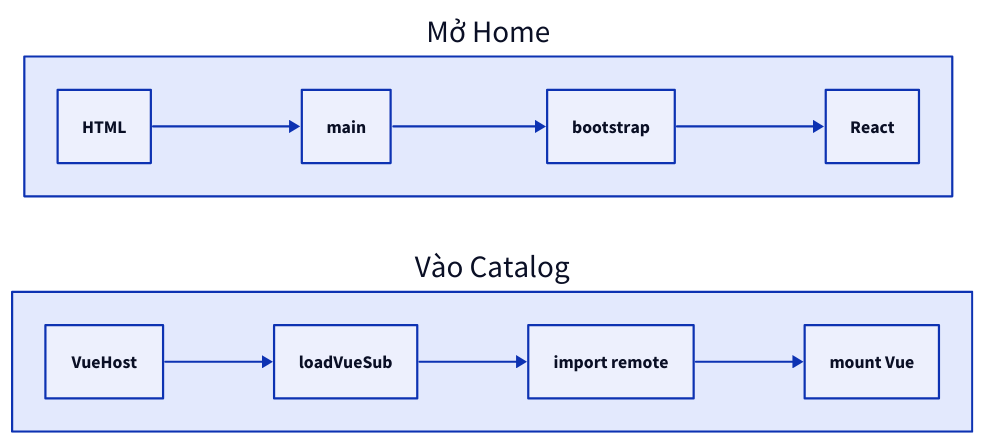
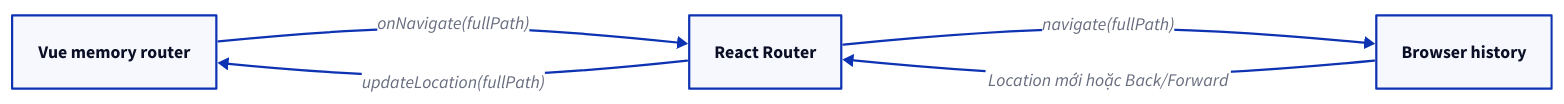
Before and after one commit to vanhiep99w/interview-question: the third of 3 diagrams in content/docs/web/04-module-federation-react-vue-microfrontend.mdx, drawn with D2. The commit also changed other lines of this file, not shown here.

````diff
--- a/content/docs/web/04-module-federation-react-vue-microfrontend.mdx
+++ b/content/docs/web/04-module-federation-react-vue-microfrontend.mdx
@@ -211,19 +279,10 @@
-```d2 title="Home và Catalog tải code ở thời điểm khác nhau"
+```d2 title="Shell giữ browser history, Vue gửi yêu cầu điều hướng"
 direction: right
-home: "Mở Home" {
-  html: "HTML"
-react: "React"
-html -> main
-main -> bootstrap
-bootstrap -> react
-}
-catalog: "Vào Catalog" {
-  host: "VueHost"
-load: "loadVueSub"
-remote: "import remote"
-mount: "mount Vue"
-host -> load
-load -> remote
-remote -> mount
-}
+vue: "Vue memory router"
+shell: "React Router"
+history: "Browser history"
+vue -> shell: "onNavigate(fullPath)"
+shell -> history: "navigate(fullPath)"
+history -> shell: "Location mới hoặc Back/Forward"
+shell -> vue: "updateLocation(fullPath)"
 ```
````
